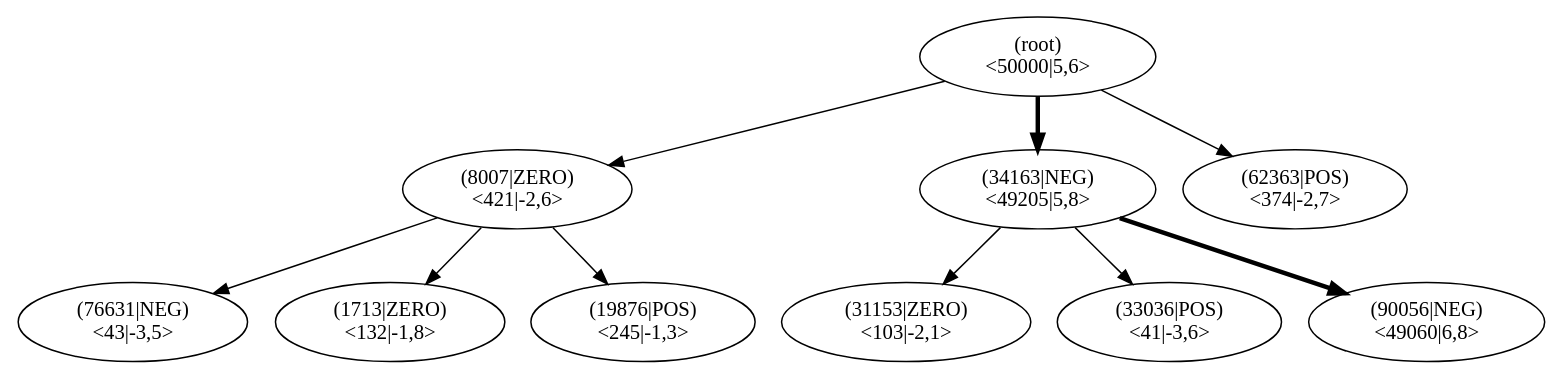
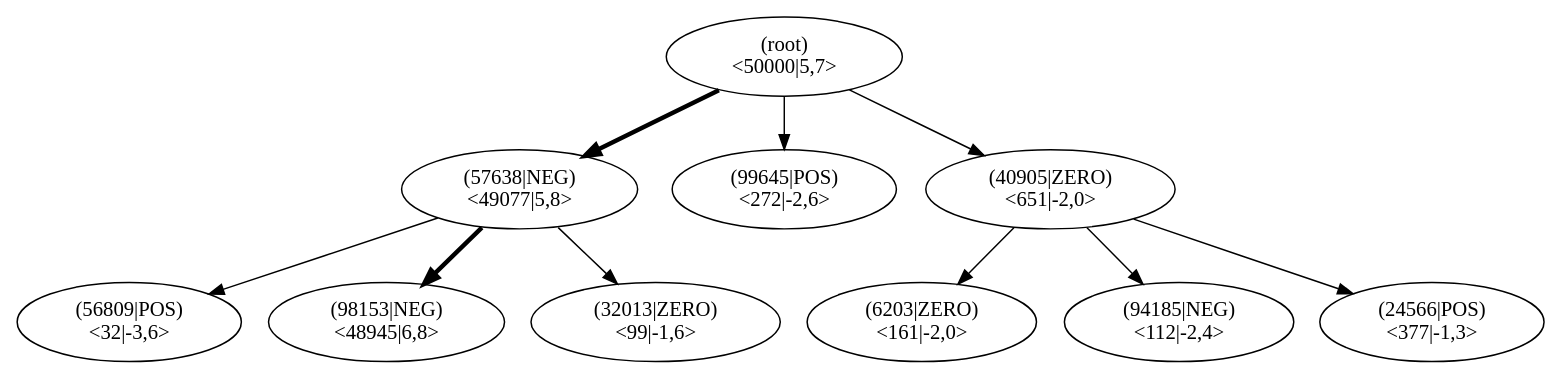
One commit to JonasHellgren/relexp-java changed the diagram in pictures/ch13/lane_test_mcts.dot. Above: the diagram before and after it, drawn with Graphviz. The commit also changed 3 other files, not shown here.

```diff
--- a/pictures/ch13/lane_test_mcts.dot
+++ b/pictures/ch13/lane_test_mcts.dot
@@ -1,32 +1,32 @@
 digraph MCTS {
 node [shape=ellipse];
 Nroot [label="(root)
-<50000|5,6>"];
-Nroot -> N8007[penwidth=1];
-N8007 [label="(8007|ZERO)
-<421|-2,6>"];
-N8007 -> N76631[penwidth=1];
-N76631 [label="(76631|NEG)
-<43|-3,5>"];
-N8007 -> N1713[penwidth=1];
-N1713 [label="(1713|ZERO)
-<132|-1,8>"];
-N8007 -> N19876[penwidth=1];
-N19876 [label="(19876|POS)
-<245|-1,3>"];
-Nroot -> N34163[penwidth=3];
-N34163 [label="(34163|NEG)
-<49205|5,8>"];
-N34163 -> N31153[penwidth=1];
-N31153 [label="(31153|ZERO)
-<103|-2,1>"];
-N34163 -> N33036[penwidth=1];
-N33036 [label="(33036|POS)
-<41|-3,6>"];
-N34163 -> N90056[penwidth=3];
-N90056 [label="(90056|NEG)
-<49060|6,8>"];
-Nroot -> N62363[penwidth=1];
-N62363 [label="(62363|POS)
-<374|-2,7>"];
+<50000|5,7>"];
+Nroot -> N57638[penwidth=3];
+N57638 [label="(57638|NEG)
+<49077|5,8>"];
+N57638 -> N56809[penwidth=1];
+N56809 [label="(56809|POS)
+<32|-3,6>"];
+N57638 -> N98153[penwidth=3];
+N98153 [label="(98153|NEG)
+<48945|6,8>"];
+N57638 -> N32013[penwidth=1];
+N32013 [label="(32013|ZERO)
+<99|-1,6>"];
+Nroot -> N99645[penwidth=1];
+N99645 [label="(99645|POS)
+<272|-2,6>"];
+Nroot -> N40905[penwidth=1];
+N40905 [label="(40905|ZERO)
+<651|-2,0>"];
+N40905 -> N6203[penwidth=1];
+N6203 [label="(6203|ZERO)
+<161|-2,0>"];
+N40905 -> N94185[penwidth=1];
+N94185 [label="(94185|NEG)
+<112|-2,4>"];
+N40905 -> N24566[penwidth=1];
+N24566 [label="(24566|POS)
+<377|-1,3>"];
 }
```
